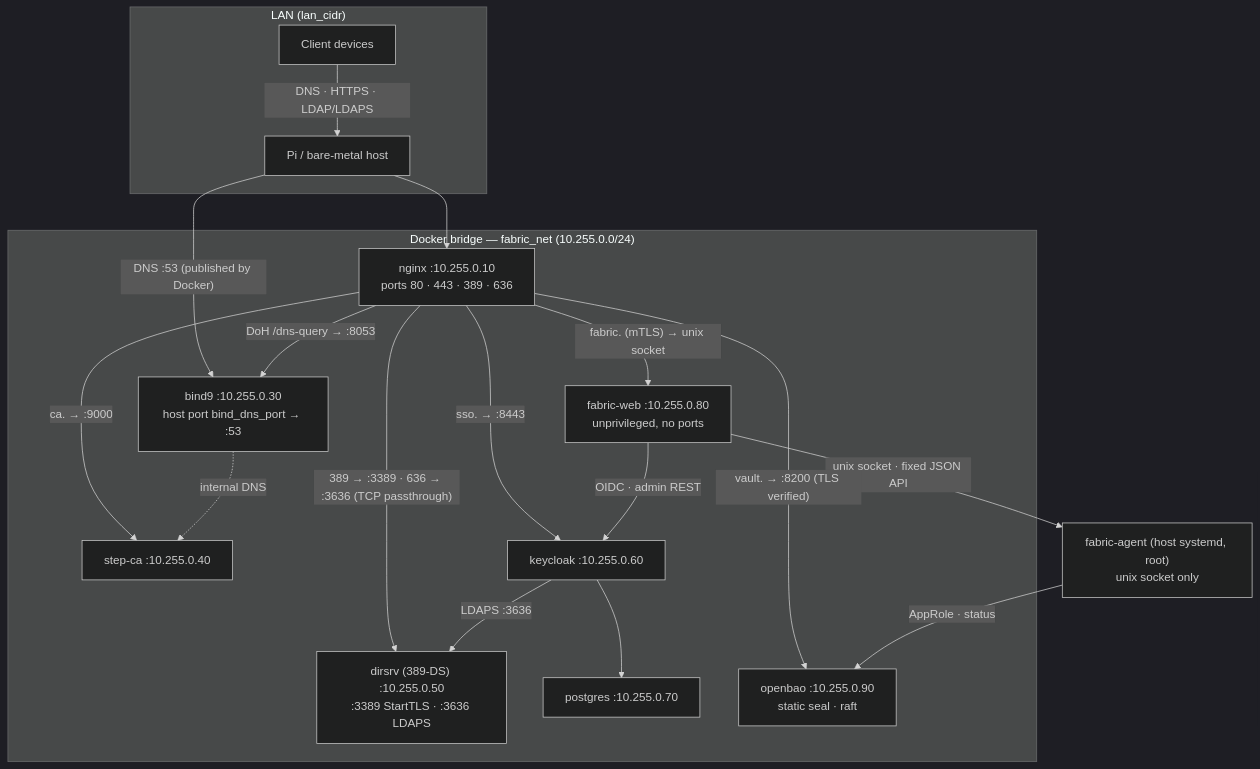
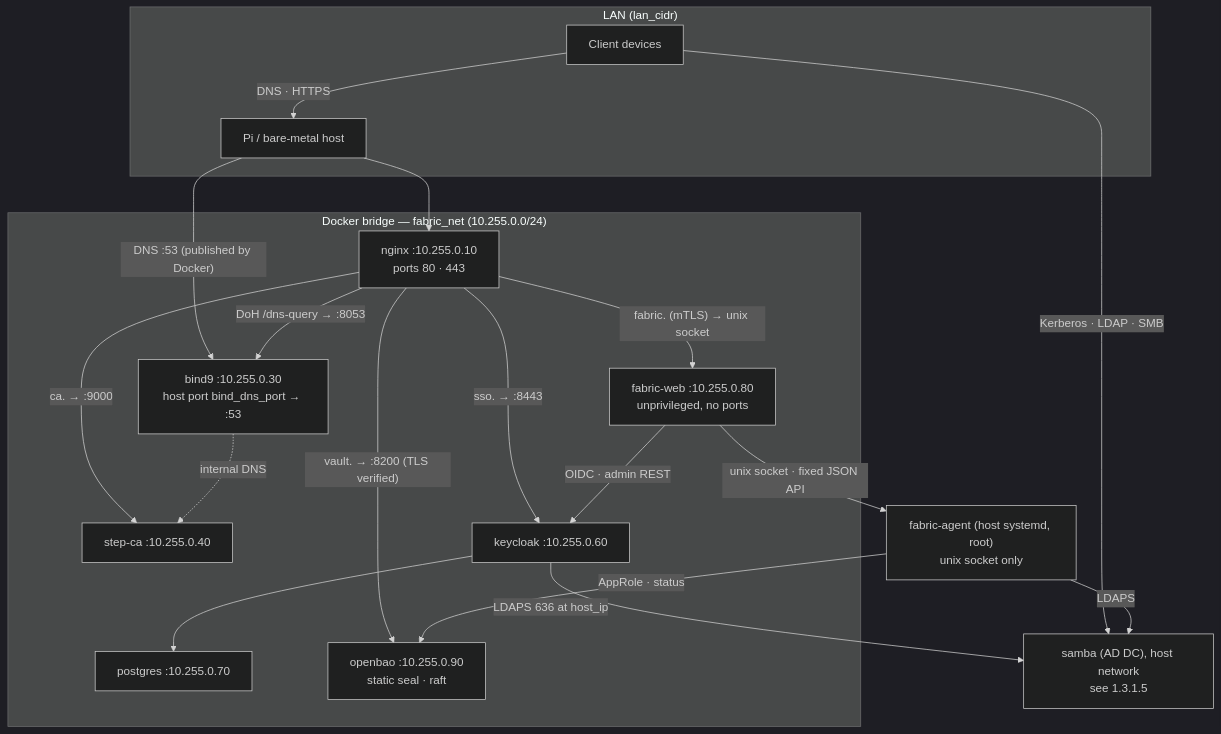
The first of 4 diagrams in docs/volume_1_systems_and_services/1.3.1-topology.md (archdukejim/open-fabric), drawn with Mermaid (dark theme) before and after one commit. The commit also changed other lines of this file and 277 other files, not shown here.

````diff
--- a/docs/volume_1_systems_and_services/1.3.1-topology.md
+++ b/docs/volume_1_systems_and_services/1.3.1-topology.md
@@ -17,36 +17,37 @@
 ```mermaid
 graph TB
     subgraph LAN["LAN (lan_cidr)"]
         CLIENT[Client devices]
         HOST[Pi / bare-metal host]
     end
 
     subgraph FABRIC["Docker bridge — fabric_net (10.255.0.0/24)"]
-        NGINX["nginx :10.255.0.10\nports 80 · 443 · 389 · 636"]
+        NGINX["nginx :10.255.0.10\nports 80 · 443"]
         BIND9["bind9 :10.255.0.30\nhost port bind_dns_port → :53"]
         STEPCA["step-ca :10.255.0.40"]
-        LDAP["dirsrv (389-DS) :10.255.0.50\n:3389 StartTLS · :3636 LDAPS"]
         KC["keycloak :10.255.0.60"]
         PG["postgres :10.255.0.70"]
         WEB["fabric-web :10.255.0.80\nunprivileged, no ports"]
         BAO["openbao :10.255.0.90\nstatic seal · raft"]
     end
 
     AGENT["fabric-agent (host systemd, root)\nunix socket only"]
+    DC["samba (AD DC), host network\nsee 1.3.1.5"]
 
-    CLIENT -->|"DNS · HTTPS · LDAP/LDAPS"| HOST
+    CLIENT -->|"DNS · HTTPS"| HOST
+    CLIENT -->|"Kerberos · LDAP · SMB"| DC
     HOST -->|"DNS :53 (published by Docker)"| BIND9
     HOST --> NGINX
     NGINX -->|"DoH /dns-query → :8053"| BIND9
-    NGINX -->|"389 → :3389 · 636 → :3636 (TCP passthrough)"| LDAP
     NGINX -->|"fabric.<domain> (mTLS) → unix socket"| WEB
     NGINX -->|"sso.<domain> → :8443"| KC
     WEB -->|"OIDC · admin REST"| KC
     WEB -->|"unix socket · fixed JSON API"| AGENT
-    KC -->|"LDAPS :3636"| LDAP
+    KC -->|"LDAPS 636 at host_ip"| DC
+    AGENT -->|"LDAPS"| DC
     KC --> PG
     NGINX -->|"ca.<domain> → :9000"| STEPCA
     NGINX -->|"vault.<domain> → :8200 (TLS verified)"| BAO
     AGENT -->|"AppRole · status"| BAO
     BIND9 -.->|"internal DNS"| STEPCA
 ```
````
